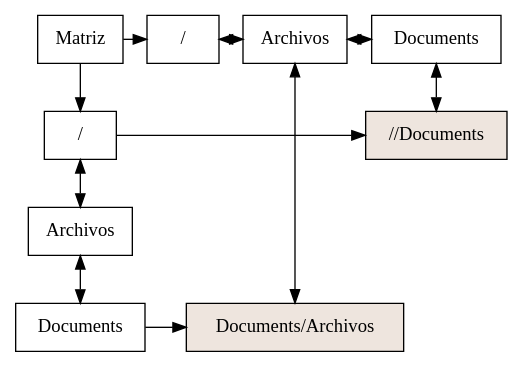
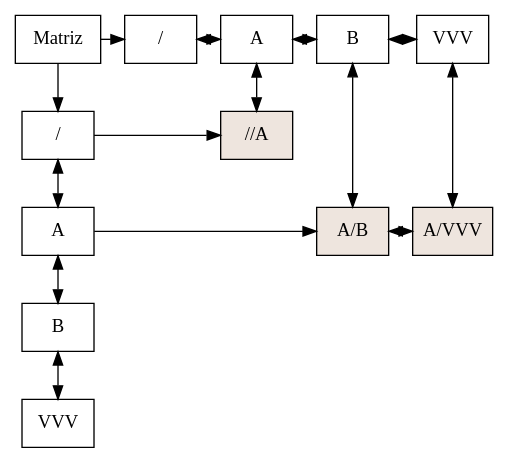
The diagram in Proyecto2/Matriz.dot (Eduardo01004/EDD_2S2019_PY2_201612124), drawn with Graphviz before and after one commit. The commit also changed 67 other files, not shown here.

```diff
--- a/Proyecto2/Matriz.dot
+++ b/Proyecto2/Matriz.dot
@@ -1,33 +1,42 @@
 digraph G{
 node [shape = box]
 raiz[label="Matriz"  group=1];
-1444867196 [label="/" group = 1];
-1963497506 [label="Archivos" group = 1];
-1196078410 [label="Documents" group = 1];
-1444867196->1963497506[dir=both];
-1963497506->1196078410[dir=both];
-1624311792 [label="/" group = 49];
-1160409315 [label="Archivos" group = 833];
-1762794124 [label="Documents" group = 948];
-1624311792->1160409315[dir=both];
-1160409315->1762794124[dir=both];
-raiz ->1444867196
-raiz ->1624311792
+1926504677 [label="/" group = 1];
+1423068889 [label="A" group = 1];
+976682032 [label="B" group = 1];
+204377634 [label="VVV" group = 1];
+1926504677->1423068889[dir=both];
+1423068889->976682032[dir=both];
+976682032->204377634[dir=both];
+1444922939 [label="/" group = 49];
+1268800339 [label="A" group = 67];
+915114628 [label="B" group = 68];
+539023194 [label="VVV" group = 260];
+1444922939->1268800339[dir=both];
+1268800339->915114628[dir=both];
+915114628->539023194[dir=both];
+raiz ->1926504677
+raiz ->1444922939
 { rank  = same; raiz 
-1624311792;
-1160409315;
-1762794124;
+1444922939;
+1268800339;
+915114628;
+539023194;
 }
-1910749462 [style=filled,fillcolor=seashell2,label= "Documents/Archivos" group = 833 ];
-532229038 [style=filled,fillcolor=seashell2,label= "//Documents" group = 948 ];
-1444867196->532229038
-{ rank = same; 1444867196;
-532229038;
+2118460907 [style=filled,fillcolor=seashell2,label= "//A" group = 67 ];
+149410223 [style=filled,fillcolor=seashell2,label= "A/B" group = 68 ];
+1086257656 [style=filled,fillcolor=seashell2,label= "A/VVV" group = 260 ];
+1926504677->2118460907
+{ rank = same; 1926504677;
+2118460907;
 }
-1196078410->1910749462
-{ rank = same; 1196078410;
-1910749462;
+1423068889->149410223
+149410223->1086257656[dir=both];
+{ rank = same; 1423068889;
+149410223;
+1086257656;
 }
-1160409315->1910749462[dir=both];
-1762794124->532229038[dir=both];
+1268800339->2118460907[dir=both];
+915114628->149410223[dir=both];
+539023194->1086257656[dir=both];
 }
```
